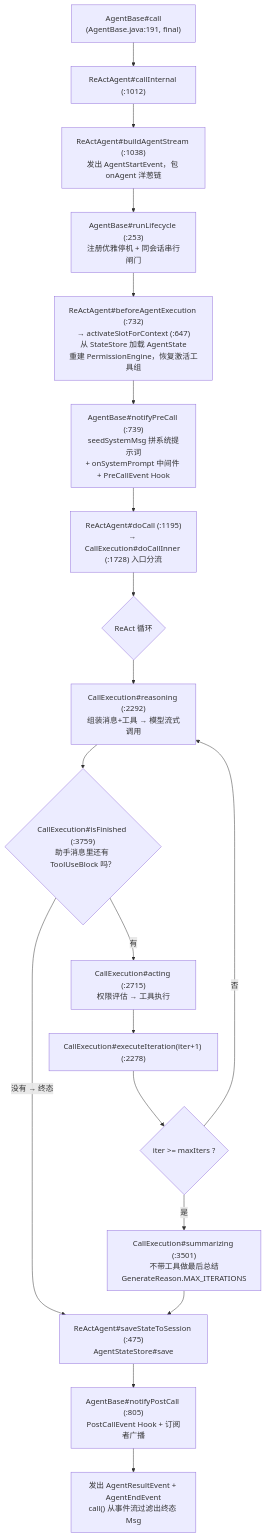
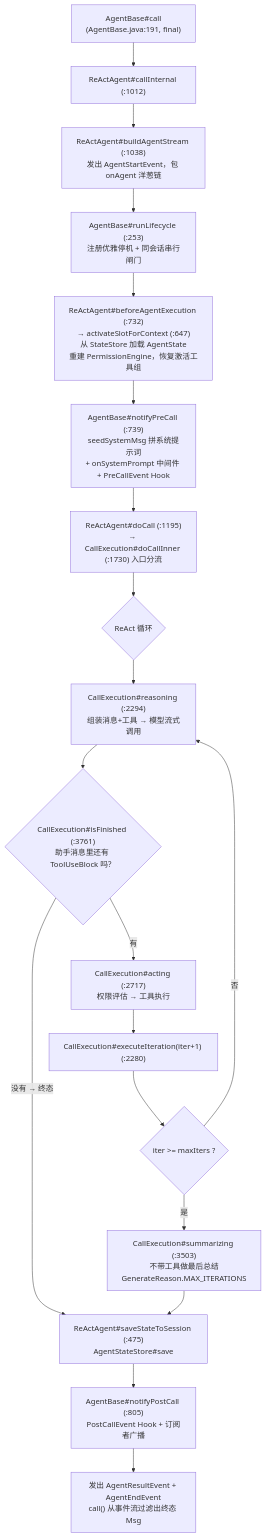
Before and after one commit to liulangjietou/AgentScope-source-analysis: the first of 4 diagrams in 03-ReAct主循环.md, drawn with Mermaid. The commit also changed other lines of this file and 9 other files, not shown here.

````diff
--- a/03-ReAct主循环.md
+++ b/03-ReAct主循环.md
@@ -29,21 +29,21 @@
 ```mermaid
 flowchart TB
     CALL["AgentBase#call<br/>(AgentBase.java:191, final)"] --> CI["ReActAgent#callInternal (:1012)"]
     CI --> BAS["ReActAgent#buildAgentStream (:1038)<br/>发出 AgentStartEvent，包 onAgent 洋葱链"]
     BAS --> RL["AgentBase#runLifecycle (:253)<br/>注册优雅停机 + 同会话串行闸门"]
     RL --> BE["ReActAgent#beforeAgentExecution (:732)<br/>→ activateSlotForContext (:647)<br/>从 StateStore 加载 AgentState<br/>重建 PermissionEngine，恢复激活工具组"]
     BE --> PRE["AgentBase#notifyPreCall (:739)<br/>seedSystemMsg 拼系统提示词<br/>+ onSystemPrompt 中间件 + PreCallEvent Hook"]
-    PRE --> DC["ReActAgent#doCall (:1195)<br/>→ CallExecution#doCallInner (:1728) 入口分流"]
+    PRE --> DC["ReActAgent#doCall (:1195)<br/>→ CallExecution#doCallInner (:1730) 入口分流"]
     DC --> LOOP{"ReAct 循环"}
-    LOOP --> R["CallExecution#reasoning (:2292)<br/>组装消息+工具 → 模型流式调用"]
-    R --> FIN{"CallExecution#isFinished (:3759)<br/>助手消息里还有 ToolUseBlock 吗？"}
+    LOOP --> R["CallExecution#reasoning (:2294)<br/>组装消息+工具 → 模型流式调用"]
+    R --> FIN{"CallExecution#isFinished (:3761)<br/>助手消息里还有 ToolUseBlock 吗？"}
     FIN -->|"没有 → 终态"| SAVE
-    FIN -->|"有"| A["CallExecution#acting (:2715)<br/>权限评估 → 工具执行"]
-    A --> ITER["CallExecution#executeIteration(iter+1) (:2278)"]
+    FIN -->|"有"| A["CallExecution#acting (:2717)<br/>权限评估 → 工具执行"]
+    A --> ITER["CallExecution#executeIteration(iter+1) (:2280)"]
     ITER --> MAX{"iter >= maxIters ?"}
     MAX -->|"否"| R
-    MAX -->|"是"| SUM["CallExecution#summarizing (:3501)<br/>不带工具做最后总结<br/>GenerateReason.MAX_ITERATIONS"]
+    MAX -->|"是"| SUM["CallExecution#summarizing (:3503)<br/>不带工具做最后总结<br/>GenerateReason.MAX_ITERATIONS"]
     SUM --> SAVE["ReActAgent#saveStateToSession (:475)<br/>AgentStateStore#save"]
     SAVE --> POST["AgentBase#notifyPostCall (:805)<br/>PostCallEvent Hook + 订阅者广播"]
     POST --> RES["发出 AgentResultEvent + AgentEndEvent<br/>call() 从事件流过滤出终态 Msg"]
 ```
````
